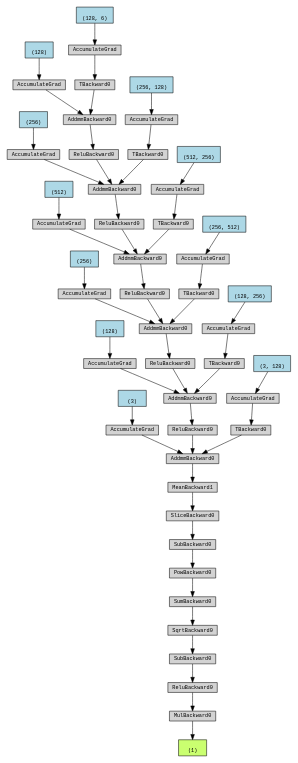
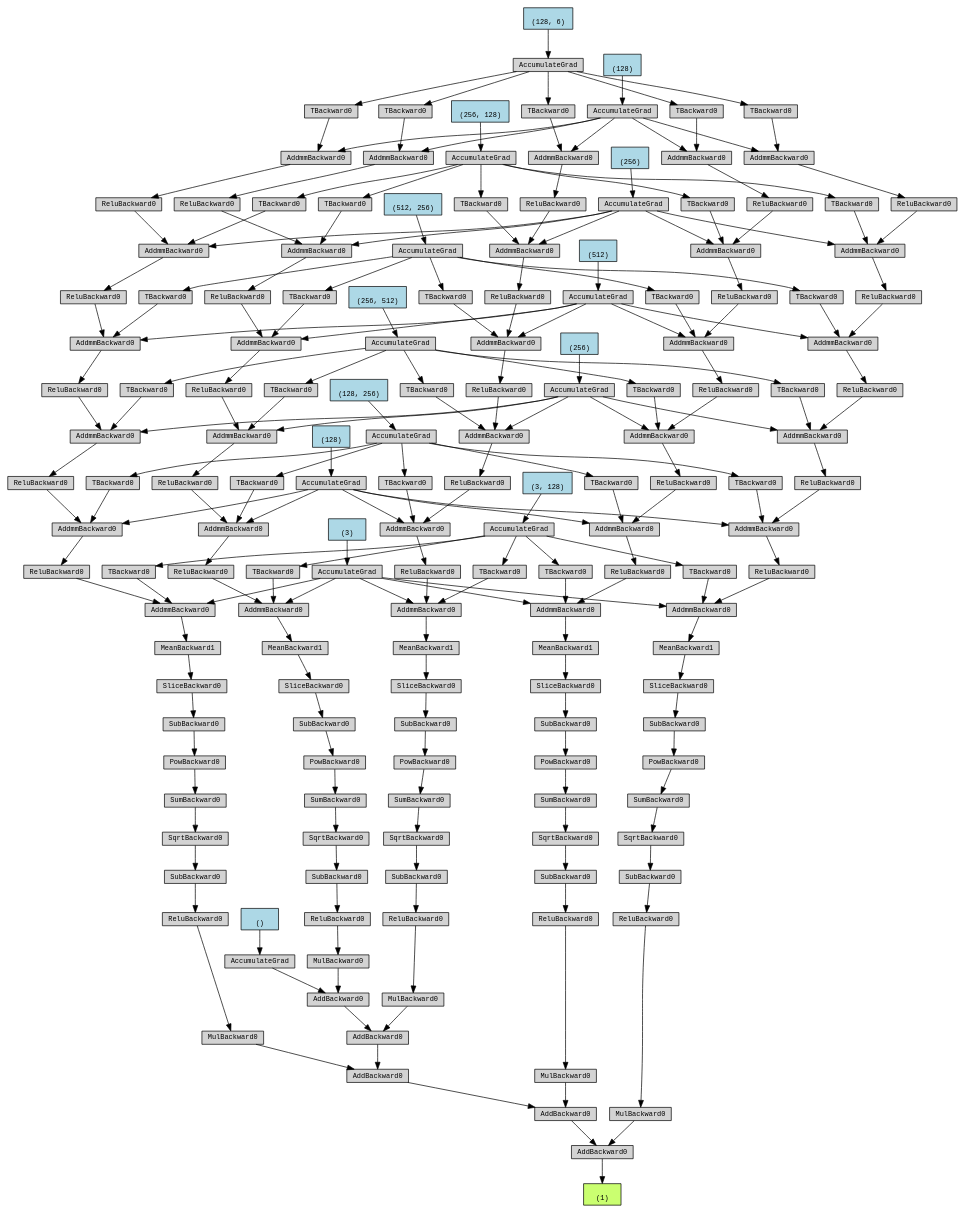
One commit to cainan2600/catkin_rm changed the diagram in src/RPSN_4/Digraph.gv. Above: the diagram before and after it, drawn with Graphviz. The commit also changed 42 other files, not shown here.

```diff
--- a/src/RPSN_4/Digraph.gv
+++ b/src/RPSN_4/Digraph.gv
@@ -1,118 +1,389 @@
 digraph {
-	graph [size="15.149999999999999,15.149999999999999"]
+	graph [size="55.65,55.65"]
 	node [align=left fontname=monospace fontsize=10 height=0.2 ranksep=0.1 shape=box style=filled]
-	140651406632144 [label="
+	139755872443648 [label="
  (1)" fillcolor=darkolivegreen1]
-	140651621132960 [label=MulBackward0]
-	140651621135024 -> 140651621132960
-	140651621135024 [label=ReluBackward0]
-	140651621134976 -> 140651621135024
-	140651621134976 [label=SubBackward0]
-	140651621136896 -> 140651621134976
-	140651621136896 [label=SqrtBackward0]
-	140651621136848 -> 140651621136896
-	140651621136848 [label=SumBackward0]
-	140651621134736 -> 140651621136848
-	140651621134736 [label=PowBackward0]
-	140651621128400 -> 140651621134736
-	140651621128400 [label=SubBackward0]
-	140651621136512 -> 140651621128400
-	140651621136512 [label=SliceBackward0]
-	140651621137280 -> 140651621136512
-	140651621137280 [label=MeanBackward1]
-	140651621135216 -> 140651621137280
-	140651621135216 [label=AddmmBackward0]
-	140651621133968 -> 140651621135216
-	140651621178944 [label="
+	139755872358304 [label=AddBackward0]
+	139755872365936 -> 139755872358304
+	139755872365936 [label=AddBackward0]
+	139755872369872 -> 139755872365936
+	139755872369872 [label=AddBackward0]
+	139755872518640 -> 139755872369872
+	139755872518640 [label=AddBackward0]
+	139755872518784 -> 139755872518640
+	139755872518784 [label=AddBackward0]
+	139755872518928 -> 139755872518784
+	139755987561872 [label="
+ ()" fillcolor=lightblue]
+	139755987561872 -> 139755872518928
+	139755872518928 [label=AccumulateGrad]
+	139755872518880 -> 139755872518784
+	139755872518880 [label=MulBackward0]
+	139755872518976 -> 139755872518880
+	139755872518976 [label=ReluBackward0]
+	139755872519168 -> 139755872518976
+	139755872519168 [label=SubBackward0]
+	139755872519264 -> 139755872519168
+	139755872519264 [label=SqrtBackward0]
+	139755872519360 -> 139755872519264
+	139755872519360 [label=SumBackward0]
+	139755872519456 -> 139755872519360
+	139755872519456 [label=PowBackward0]
+	139755872519552 -> 139755872519456
+	139755872519552 [label=SubBackward0]
+	139755872519648 -> 139755872519552
+	139755872519648 [label=SliceBackward0]
+	139755872519744 -> 139755872519648
+	139755872519744 [label=MeanBackward1]
+	139755872519840 -> 139755872519744
+	139755872519840 [label=AddmmBackward0]
+	139756086607152 -> 139755872519840
+	139756086629920 [label="
  (3)" fillcolor=lightblue]
-	140651621178944 -> 140651621133968
-	140651621133968 [label=AccumulateGrad]
-	140651621135456 -> 140651621135216
-	140651621135456 [label=ReluBackward0]
-	140651621137760 -> 140651621135456
-	140651621137760 [label=AddmmBackward0]
-	140651621138000 -> 140651621137760
-	140651621178784 [label="
+	139756086629920 -> 139756086607152
+	139756086607152 [label=AccumulateGrad]
+	139755872519936 -> 139755872519840
+	139755872519936 [label=ReluBackward0]
+	139755872519984 -> 139755872519936
+	139755872519984 [label=AddmmBackward0]
+	139756086606480 -> 139755872519984
+	139756086629760 [label="
  (128)" fillcolor=lightblue]
-	140651621178784 -> 140651621138000
-	140651621138000 [label=AccumulateGrad]
-	140651621127632 -> 140651621137760
-	140651621127632 [label=ReluBackward0]
-	140651621136032 -> 140651621127632
-	140651621136032 [label=AddmmBackward0]
-	140651621134256 -> 140651621136032
-	140651621178624 [label="
+	139756086629760 -> 139756086606480
+	139756086606480 [label=AccumulateGrad]
+	139755872520176 -> 139755872519984
+	139755872520176 [label=ReluBackward0]
+	139755872520224 -> 139755872520176
+	139755872520224 [label=AddmmBackward0]
+	139756086597888 -> 139755872520224
+	139756086629680 [label="
  (256)" fillcolor=lightblue]
-	140651621178624 -> 140651621134256
-	140651621134256 [label=AccumulateGrad]
-	140651621128448 -> 140651621136032
-	140651621128448 [label=ReluBackward0]
-	140651621138240 -> 140651621128448
-	140651621138240 [label=AddmmBackward0]
-	140651621132768 -> 140651621138240
-	140651621178464 [label="
+	139756086629680 -> 139756086597888
+	139756086597888 [label=AccumulateGrad]
+	139755872520416 -> 139755872520224
+	139755872520416 [label=ReluBackward0]
+	139755872520464 -> 139755872520416
+	139755872520464 [label=AddmmBackward0]
+	139756086597600 -> 139755872520464
+	139756086629440 [label="
  (512)" fillcolor=lightblue]
-	140651621178464 -> 140651621132768
-	140651621132768 [label=AccumulateGrad]
-	140651621128640 -> 140651621138240
-	140651621128640 [label=ReluBackward0]
-	140651621134208 -> 140651621128640
-	140651621134208 [label=AddmmBackward0]
-	140651621136752 -> 140651621134208
-	140651621178384 [label="
+	139756086629440 -> 139756086597600
+	139756086597600 [label=AccumulateGrad]
+	139755872520656 -> 139755872520464
+	139755872520656 [label=ReluBackward0]
+	139755872520704 -> 139755872520656
+	139755872520704 [label=AddmmBackward0]
+	139756086597264 -> 139755872520704
+	139755986077392 [label="
  (256)" fillcolor=lightblue]
-	140651621178384 -> 140651621136752
-	140651621136752 [label=AccumulateGrad]
-	140651621133008 -> 140651621134208
-	140651621133008 [label=ReluBackward0]
-	140651621128736 -> 140651621133008
-	140651621128736 [label=AddmmBackward0]
-	140651621134544 -> 140651621128736
-	140651620794752 [label="
+	139755986077392 -> 139756086597264
+	139756086597264 [label=AccumulateGrad]
+	139755872520896 -> 139755872520704
+	139755872520896 [label=ReluBackward0]
+	139755872520944 -> 139755872520896
+	139755872520944 [label=AddmmBackward0]
+	139756086604944 -> 139755872520944
+	139755986079632 [label="
  (128)" fillcolor=lightblue]
-	140651620794752 -> 140651621134544
-	140651621134544 [label=AccumulateGrad]
-	140651621134592 -> 140651621128736
-	140651621134592 [label=TBackward0]
-	140651621136464 -> 140651621134592
-	140651620803952 [label="
+	139755986079632 -> 139756086604944
+	139756086604944 [label=AccumulateGrad]
+	139755872521136 -> 139755872520944
+	139755872521136 [label=TBackward0]
+	139756086604752 -> 139755872521136
+	139756086252768 [label="
  (128, 6)" fillcolor=lightblue]
-	140651620803952 -> 140651621136464
-	140651621136464 [label=AccumulateGrad]
-	140651621137136 -> 140651621134208
-	140651621137136 [label=TBackward0]
-	140651621128352 -> 140651621137136
-	140651620799792 [label="
+	139756086252768 -> 139756086604752
+	139756086604752 [label=AccumulateGrad]
+	139755872520848 -> 139755872520704
+	139755872520848 [label=TBackward0]
+	139756086604560 -> 139755872520848
+	139755986483568 [label="
  (256, 128)" fillcolor=lightblue]
-	140651620799792 -> 140651621128352
-	140651621128352 [label=AccumulateGrad]
-	140651621136176 -> 140651621138240
-	140651621136176 [label=TBackward0]
-	140651621132912 -> 140651621136176
-	140651621178304 [label="
+	139755986483568 -> 139756086604560
+	139756086604560 [label=AccumulateGrad]
+	139755872520608 -> 139755872520464
+	139755872520608 [label=TBackward0]
+	139756086605040 -> 139755872520608
+	139755988848048 [label="
  (512, 256)" fillcolor=lightblue]
-	140651621178304 -> 140651621132912
-	140651621132912 [label=AccumulateGrad]
-	140651621138288 -> 140651621136032
-	140651621138288 [label=TBackward0]
-	140651621134064 -> 140651621138288
-	140651621178544 [label="
+	139755988848048 -> 139756086605040
+	139756086605040 [label=AccumulateGrad]
+	139755872520368 -> 139755872520224
+	139755872520368 [label=TBackward0]
+	139756086597216 -> 139755872520368
+	139756086629520 [label="
  (256, 512)" fillcolor=lightblue]
-	140651621178544 -> 140651621134064
-	140651621134064 [label=AccumulateGrad]
-	140651621135504 -> 140651621137760
-	140651621135504 [label=TBackward0]
-	140651621135648 -> 140651621135504
-	140651621178704 [label="
+	139756086629520 -> 139756086597216
+	139756086597216 [label=AccumulateGrad]
+	139755872520128 -> 139755872519984
+	139755872520128 [label=TBackward0]
+	139756086605760 -> 139755872520128
+	139756086629600 [label="
  (128, 256)" fillcolor=lightblue]
-	140651621178704 -> 140651621135648
-	140651621135648 [label=AccumulateGrad]
-	140651621137088 -> 140651621135216
-	140651621137088 [label=TBackward0]
-	140651621136224 -> 140651621137088
-	140651621178864 [label="
+	139756086629600 -> 139756086605760
+	139756086605760 [label=AccumulateGrad]
+	139755872519888 -> 139755872519840
+	139755872519888 [label=TBackward0]
+	139756086606048 -> 139755872519888
+	139756086629840 [label="
  (3, 128)" fillcolor=lightblue]
-	140651621178864 -> 140651621136224
-	140651621136224 [label=AccumulateGrad]
-	140651621132960 -> 140651406632144
+	139756086629840 -> 139756086606048
+	139756086606048 [label=AccumulateGrad]
+	139755872518736 -> 139755872518640
+	139755872518736 [label=MulBackward0]
+	139755872519120 -> 139755872518736
+	139755872519120 [label=ReluBackward0]
+	139755872519312 -> 139755872519120
+	139755872519312 [label=SubBackward0]
+	139755872519504 -> 139755872519312
+	139755872519504 [label=SqrtBackward0]
+	139755872519696 -> 139755872519504
+	139755872519696 [label=SumBackward0]
+	139755872519072 -> 139755872519696
+	139755872519072 [label=PowBackward0]
+	139755872521280 -> 139755872519072
+	139755872521280 [label=SubBackward0]
+	139755872520080 -> 139755872521280
+	139755872520080 [label=SliceBackward0]
+	139755872520320 -> 139755872520080
+	139755872520320 [label=MeanBackward1]
+	139755872520560 -> 139755872520320
+	139755872520560 [label=AddmmBackward0]
+	139756086607152 -> 139755872520560
+	139755872520800 -> 139755872520560
+	139755872520800 [label=ReluBackward0]
+	139755872521232 -> 139755872520800
+	139755872521232 [label=AddmmBackward0]
+	139756086606480 -> 139755872521232
+	139755872521328 -> 139755872521232
+	139755872521328 [label=ReluBackward0]
+	139755872521472 -> 139755872521328
+	139755872521472 [label=AddmmBackward0]
+	139756086597888 -> 139755872521472
+	139755872521568 -> 139755872521472
+	139755872521568 [label=ReluBackward0]
+	139755872521712 -> 139755872521568
+	139755872521712 [label=AddmmBackward0]
+	139756086597600 -> 139755872521712
+	139755872521808 -> 139755872521712
+	139755872521808 [label=ReluBackward0]
+	139755872521952 -> 139755872521808
+	139755872521952 [label=AddmmBackward0]
+	139756086597264 -> 139755872521952
+	139755872522048 -> 139755872521952
+	139755872522048 [label=ReluBackward0]
+	139755872522192 -> 139755872522048
+	139755872522192 [label=AddmmBackward0]
+	139756086604944 -> 139755872522192
+	139755872522288 -> 139755872522192
+	139755872522288 [label=TBackward0]
+	139756086604752 -> 139755872522288
+	139755872522000 -> 139755872521952
+	139755872522000 [label=TBackward0]
+	139756086604560 -> 139755872522000
+	139755872521760 -> 139755872521712
+	139755872521760 [label=TBackward0]
+	139756086605040 -> 139755872521760
+	139755872521520 -> 139755872521472
+	139755872521520 [label=TBackward0]
+	139756086597216 -> 139755872521520
+	139755872521184 -> 139755872521232
+	139755872521184 [label=TBackward0]
+	139756086605760 -> 139755872521184
+	139755872520752 -> 139755872520560
+	139755872520752 [label=TBackward0]
+	139756086606048 -> 139755872520752
+	139755872518448 -> 139755872369872
+	139755872518448 [label=MulBackward0]
+	139755872519216 -> 139755872518448
+	139755872519216 [label=ReluBackward0]
+	139755872519600 -> 139755872519216
+	139755872519600 [label=SubBackward0]
+	139755872521040 -> 139755872519600
+	139755872521040 [label=SqrtBackward0]
+	139755872520272 -> 139755872521040
+	139755872520272 [label=SumBackward0]
+	139755872518832 -> 139755872520272
+	139755872518832 [label=PowBackward0]
+	139755872520992 -> 139755872518832
+	139755872520992 [label=SubBackward0]
+	139755872521376 -> 139755872520992
+	139755872521376 [label=SliceBackward0]
+	139755872521616 -> 139755872521376
+	139755872521616 [label=MeanBackward1]
+	139755872521856 -> 139755872521616
+	139755872521856 [label=AddmmBackward0]
+	139756086607152 -> 139755872521856
+	139755872522240 -> 139755872521856
+	139755872522240 [label=ReluBackward0]
+	139755872522096 -> 139755872522240
+	139755872522096 [label=AddmmBackward0]
+	139756086606480 -> 139755872522096
+	139755872522480 -> 139755872522096
+	139755872522480 [label=ReluBackward0]
+	139755872522624 -> 139755872522480
+	139755872522624 [label=AddmmBackward0]
+	139756086597888 -> 139755872522624
+	139755872522720 -> 139755872522624
+	139755872522720 [label=ReluBackward0]
+	139755872522864 -> 139755872522720
+	139755872522864 [label=AddmmBackward0]
+	139756086597600 -> 139755872522864
+	139755872522960 -> 139755872522864
+	139755872522960 [label=ReluBackward0]
+	139755872523104 -> 139755872522960
+	139755872523104 [label=AddmmBackward0]
+	139756086597264 -> 139755872523104
+	139755872523200 -> 139755872523104
+	139755872523200 [label=ReluBackward0]
+	139755872523344 -> 139755872523200
+	139755872523344 [label=AddmmBackward0]
+	139756086604944 -> 139755872523344
+	139755872523440 -> 139755872523344
+	139755872523440 [label=TBackward0]
+	139756086604752 -> 139755872523440
+	139755872523152 -> 139755872523104
+	139755872523152 [label=TBackward0]
+	139756086604560 -> 139755872523152
+	139755872522912 -> 139755872522864
+	139755872522912 [label=TBackward0]
+	139756086605040 -> 139755872522912
+	139755872522672 -> 139755872522624
+	139755872522672 [label=TBackward0]
+	139756086597216 -> 139755872522672
+	139755872522432 -> 139755872522096
+	139755872522432 [label=TBackward0]
+	139756086605760 -> 139755872522432
+	139755872521904 -> 139755872521856
+	139755872521904 [label=TBackward0]
+	139756086606048 -> 139755872521904
+	139755872518496 -> 139755872365936
+	139755872518496 [label=MulBackward0]
+	139755872519408 -> 139755872518496
+	139755872519408 [label=ReluBackward0]
+	139755872520032 -> 139755872519408
+	139755872520032 [label=SubBackward0]
+	139755872522384 -> 139755872520032
+	139755872522384 [label=SqrtBackward0]
+	139755872521424 -> 139755872522384
+	139755872521424 [label=SumBackward0]
+	139755872518208 -> 139755872521424
+	139755872518208 [label=PowBackward0]
+	139755872522144 -> 139755872518208
+	139755872522144 [label=SubBackward0]
+	139755872522528 -> 139755872522144
+	139755872522528 [label=SliceBackward0]
+	139755872522768 -> 139755872522528
+	139755872522768 [label=MeanBackward1]
+	139755872523008 -> 139755872522768
+	139755872523008 [label=AddmmBackward0]
+	139756086607152 -> 139755872523008
+	139755872523392 -> 139755872523008
+	139755872523392 [label=ReluBackward0]
+	139755872523248 -> 139755872523392
+	139755872523248 [label=AddmmBackward0]
+	139756086606480 -> 139755872523248
+	139755872523632 -> 139755872523248
+	139755872523632 [label=ReluBackward0]
+	139755872523776 -> 139755872523632
+	139755872523776 [label=AddmmBackward0]
+	139756086597888 -> 139755872523776
+	139755872523872 -> 139755872523776
+	139755872523872 [label=ReluBackward0]
+	139755872524016 -> 139755872523872
+	139755872524016 [label=AddmmBackward0]
+	139756086597600 -> 139755872524016
+	139755872362480 -> 139755872524016
+	139755872362480 [label=ReluBackward0]
+	139755872370496 -> 139755872362480
+	139755872370496 [label=AddmmBackward0]
+	139756086597264 -> 139755872370496
+	139755872370400 -> 139755872370496
+	139755872370400 [label=ReluBackward0]
+	139755872370304 -> 139755872370400
+	139755872370304 [label=AddmmBackward0]
+	139756086604944 -> 139755872370304
+	139755872362048 -> 139755872370304
+	139755872362048 [label=TBackward0]
+	139756086604752 -> 139755872362048
+	139755872370448 -> 139755872370496
+	139755872370448 [label=TBackward0]
+	139756086604560 -> 139755872370448
+	139755872370640 -> 139755872524016
+	139755872370640 [label=TBackward0]
+	139756086605040 -> 139755872370640
+	139755872523824 -> 139755872523776
+	139755872523824 [label=TBackward0]
+	139756086597216 -> 139755872523824
+	139755872523584 -> 139755872523248
+	139755872523584 [label=TBackward0]
+	139756086605760 -> 139755872523584
+	139755872523056 -> 139755872523008
+	139755872523056 [label=TBackward0]
+	139756086606048 -> 139755872523056
+	139755872369824 -> 139755872358304
+	139755872369824 [label=MulBackward0]
+	139755872362432 -> 139755872369824
+	139755872362432 [label=ReluBackward0]
+	139755872370256 -> 139755872362432
+	139755872370256 [label=SubBackward0]
+	139755872370208 -> 139755872370256
+	139755872370208 [label=SqrtBackward0]
+	139755872361952 -> 139755872370208
+	139755872361952 [label=SumBackward0]
+	139755872361808 -> 139755872361952
+	139755872361808 [label=PowBackward0]
+	139755872369920 -> 139755872361808
+	139755872369920 [label=SubBackward0]
+	139755872361568 -> 139755872369920
+	139755872361568 [label=SliceBackward0]
+	139755872369680 -> 139755872361568
+	139755872369680 [label=MeanBackward1]
+	139755872369584 -> 139755872369680
+	139755872369584 [label=AddmmBackward0]
+	139756086607152 -> 139755872369584
+	139755872369536 -> 139755872369584
+	139755872369536 [label=ReluBackward0]
+	139755872361232 -> 139755872369536
+	139755872361232 [label=AddmmBackward0]
+	139756086606480 -> 139755872361232
+	139755872369344 -> 139755872361232
+	139755872369344 [label=ReluBackward0]
+	139755872360992 -> 139755872369344
+	139755872360992 [label=AddmmBackward0]
+	139756086597888 -> 139755872360992
+	139755872360944 -> 139755872360992
+	139755872360944 [label=ReluBackward0]
+	139755872360800 -> 139755872360944
+	139755872360800 [label=AddmmBackward0]
+	139756086597600 -> 139755872360800
+	139755872360704 -> 139755872360800
+	139755872360704 [label=ReluBackward0]
+	139755872368720 -> 139755872360704
+	139755872368720 [label=AddmmBackward0]
+	139756086597264 -> 139755872368720
+	139755872360464 -> 139755872368720
+	139755872360464 [label=ReluBackward0]
+	139755872360224 -> 139755872360464
+	139755872360224 [label=AddmmBackward0]
+	139756086604944 -> 139755872360224
+	139755872360128 -> 139755872360224
+	139755872360128 [label=TBackward0]
+	139756086604752 -> 139755872360128
+	139755872360512 -> 139755872368720
+	139755872360512 [label=TBackward0]
+	139756086604560 -> 139755872360512
+	139755872360752 -> 139755872360800
+	139755872360752 [label=TBackward0]
+	139756086605040 -> 139755872360752
+	139755872369152 -> 139755872360992
+	139755872369152 [label=TBackward0]
+	139756086597216 -> 139755872369152
+	139755872369392 -> 139755872361232
+	139755872369392 [label=TBackward0]
+	139756086605760 -> 139755872369392
+	139755872361376 -> 139755872369584
+	139755872361376 [label=TBackward0]
+	139756086606048 -> 139755872361376
+	139755872358304 -> 139755872443648
 }
```
